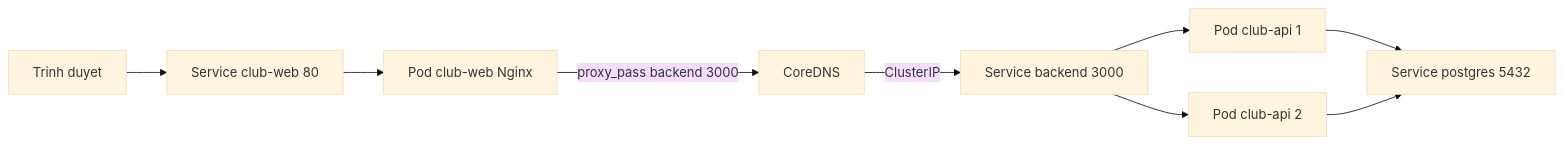
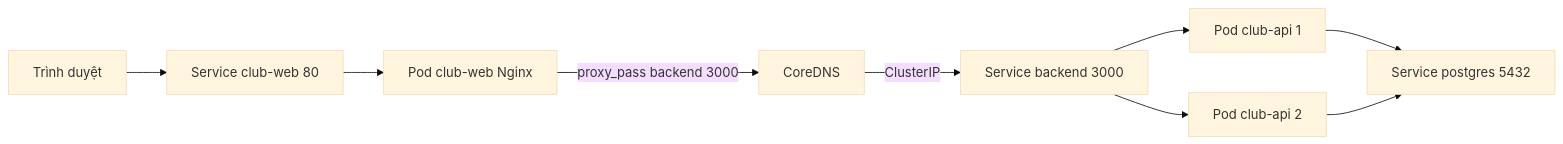
The first of 2 diagrams in slides/06-kubectl/session-24.md (TienNHM/devops-course), drawn with Mermaid (base theme) before and after one commit. The commit also changed other lines of this file and 266 other files, not shown here.

````diff
--- a/slides/06-kubectl/session-24.md
+++ b/slides/06-kubectl/session-24.md
@@ -122,11 +94,11 @@
 ```mermaid
 flowchart LR
-  U["Trinh duyet"] --> FS["Service club-web 80"]
+  U["Trình duyệt"] --> FS["Service club-web 80"]
   FS --> FP["Pod club-web Nginx"]
   FP -->|"proxy_pass backend 3000"| DNS["CoreDNS"]
   DNS -->|"ClusterIP"| BS["Service backend 3000"]
   BS --> A1["Pod club-api 1"]
   BS --> A2["Pod club-api 2"]
   A1 --> PG["Service postgres 5432"]
   A2 --> PG
 ```
````
